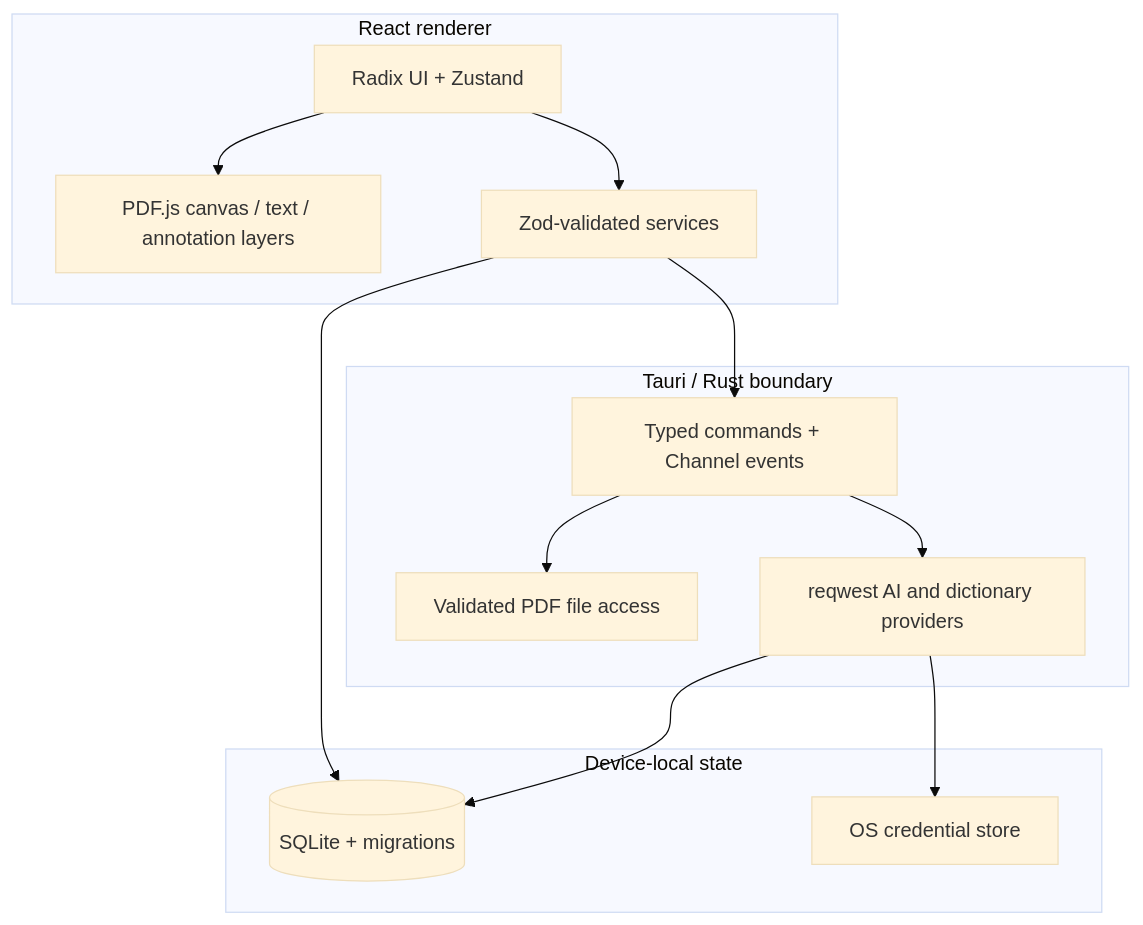
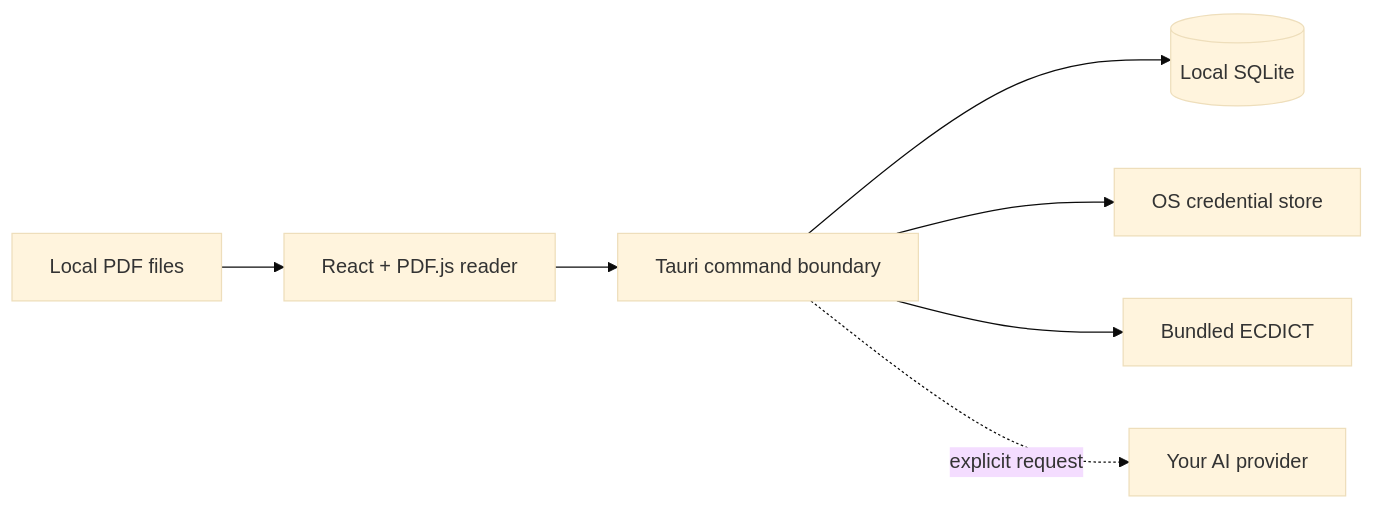
Before and after one commit to Yan-Haiyang-Tju/PaperLens: the diagram in README.md, drawn with Mermaid (base theme). The commit also changed other lines of this file and 3 other files, not shown here.

````diff
--- a/README.md
+++ b/README.md
@@ -56,25 +179,9 @@
 ```mermaid
-flowchart TB
-  subgraph Renderer["React renderer"]
-    UI["Radix UI + Zustand"]
-    PDF["PDF.js canvas / text / annotation layers"]
-    Client["Zod-validated services"]
-    UI --> PDF
-    UI --> Client
-  end
-  subgraph Native["Tauri / Rust boundary"]
-    IPC["Typed commands + Channel events"]
-    Files["Validated PDF file access"]
-    AI["reqwest AI and dictionary providers"]
-    IPC --> Files
-    IPC --> AI
-  end
-  subgraph Local["Device-local state"]
-    DB[("SQLite + migrations")]
-    Key["OS credential store"]
-  end
-  Client --> IPC
-  Client --> DB
-  AI --> DB
-  AI --> Key
+flowchart LR
+  PDF["Local PDF files"] --> UI["React + PDF.js reader"]
+  UI --> IPC["Tauri command boundary"]
+  IPC --> DB[("Local SQLite")]
+  IPC --> KEY["OS credential store"]
+  IPC --> DICT["Bundled ECDICT"]
+  IPC -. "explicit request" .-> AI["Your AI provider"]
 ```
````
